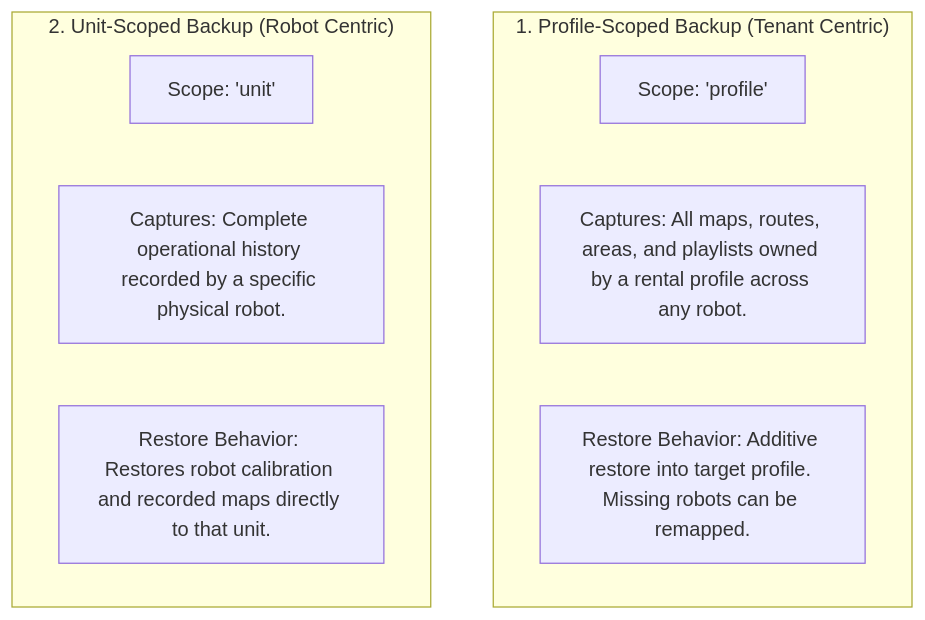
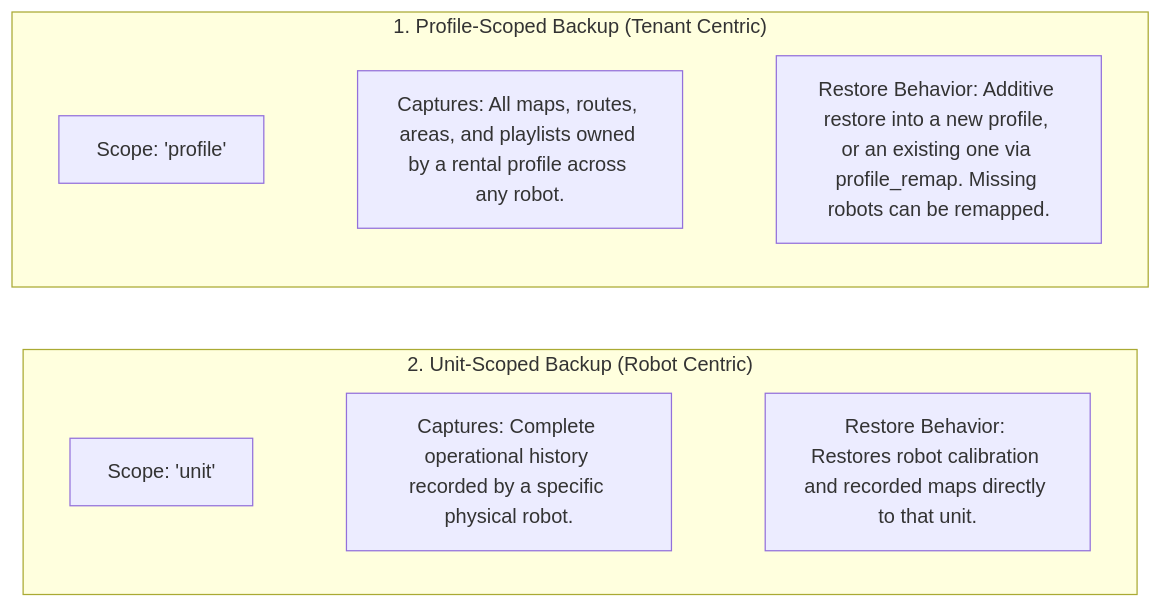
One commit to itbdelaboprogramming/msd700_documentation changed the diagram in docs/development/backup-and-restore.md. Above: the diagram before and after it, drawn with Mermaid. The commit also changed other lines of this file and 340 other files, not shown here.

````diff
--- a/docs/development/backup-and-restore.md
+++ b/docs/development/backup-and-restore.md
@@ -16,14 +16,20 @@
 ```mermaid
-flowchart TD
+flowchart TB
   subgraph ProfileScope["1. Profile-Scoped Backup (Tenant Centric)"]
+    direction LR
     P1["Scope: 'profile'"]
     P2["Captures: All maps, routes, areas, and playlists owned by a rental profile across any robot."]
-    P3["Restore Behavior: Additive restore into target profile. Missing robots can be remapped."]
+    P3["Restore Behavior: Additive restore into a new profile, or an existing one via profile_remap. Missing robots can be remapped."]
   end
 
   subgraph UnitScope["2. Unit-Scoped Backup (Robot Centric)"]
+    direction LR
     U1["Scope: 'unit'"]
     U2["Captures: Complete operational history recorded by a specific physical robot."]
     U3["Restore Behavior: Restores robot calibration and recorded maps directly to that unit."]
   end
+
+  P1 ~~~ P2 ~~~ P3
+  U1 ~~~ U2 ~~~ U3
+  ProfileScope ~~~ UnitScope
 ```
````
